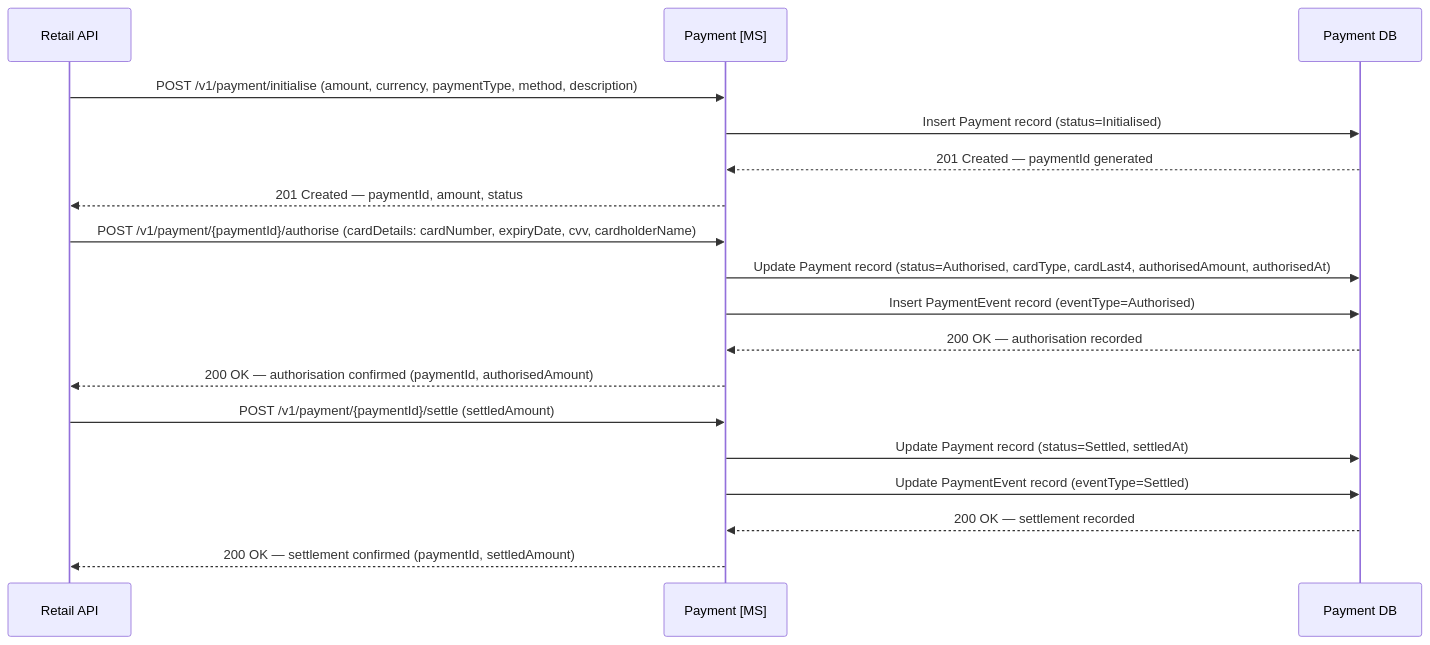
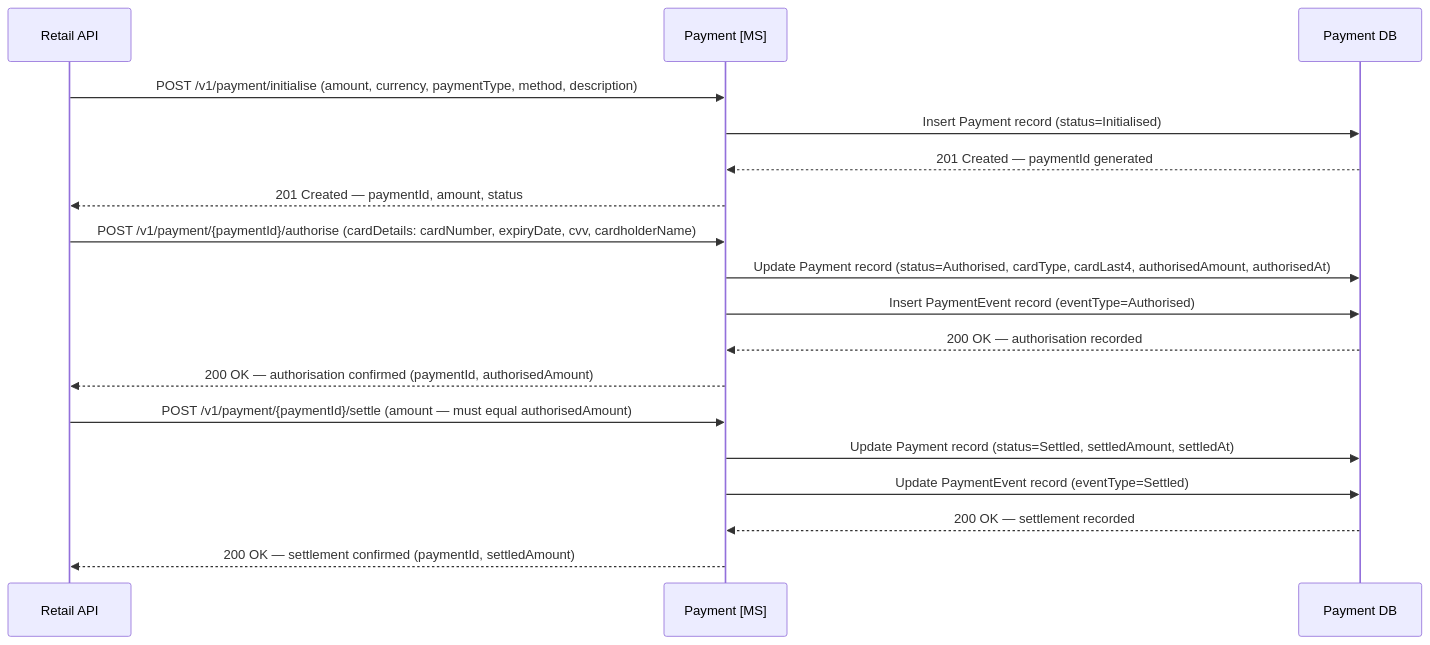
Before and after one commit to sebharvey/airline-reservation-system: the first of 2 diagrams in documentation/design/payment.md, drawn with Mermaid. The commit also changed other lines of this file and 7 other files, not shown here.

````diff
--- a/documentation/design/payment.md
+++ b/documentation/design/payment.md
@@ -32,23 +20,23 @@
 ```mermaid
 sequenceDiagram
     participant RetailAPI as Retail API
     participant PaymentMS as Payment [MS]
     participant PaymentDB as Payment DB
 
     RetailAPI->>PaymentMS: POST /v1/payment/initialise (amount, currency, paymentType, method, description)
     PaymentMS->>PaymentDB: Insert Payment record (status=Initialised)
     PaymentDB-->>PaymentMS: 201 Created — paymentId generated
     PaymentMS-->>RetailAPI: 201 Created — paymentId, amount, status
 
     RetailAPI->>PaymentMS: POST /v1/payment/{paymentId}/authorise (cardDetails: cardNumber, expiryDate, cvv, cardholderName)
     PaymentMS->>PaymentDB: Update Payment record (status=Authorised, cardType, cardLast4, authorisedAmount, authorisedAt)
     PaymentMS->>PaymentDB: Insert PaymentEvent record (eventType=Authorised)
     PaymentDB-->>PaymentMS: 200 OK — authorisation recorded
     PaymentMS-->>RetailAPI: 200 OK — authorisation confirmed (paymentId, authorisedAmount)
 
-    RetailAPI->>PaymentMS: POST /v1/payment/{paymentId}/settle (settledAmount)
-    PaymentMS->>PaymentDB: Update Payment record (status=Settled, settledAt)
+    RetailAPI->>PaymentMS: POST /v1/payment/{paymentId}/settle (amount — must equal authorisedAmount)
+    PaymentMS->>PaymentDB: Update Payment record (status=Settled, settledAmount, settledAt)
     PaymentMS->>PaymentDB: Update PaymentEvent record (eventType=Settled)
     PaymentDB-->>PaymentMS: 200 OK — settlement recorded
     PaymentMS-->>RetailAPI: 200 OK — settlement confirmed (paymentId, settledAmount)
 ```
````
